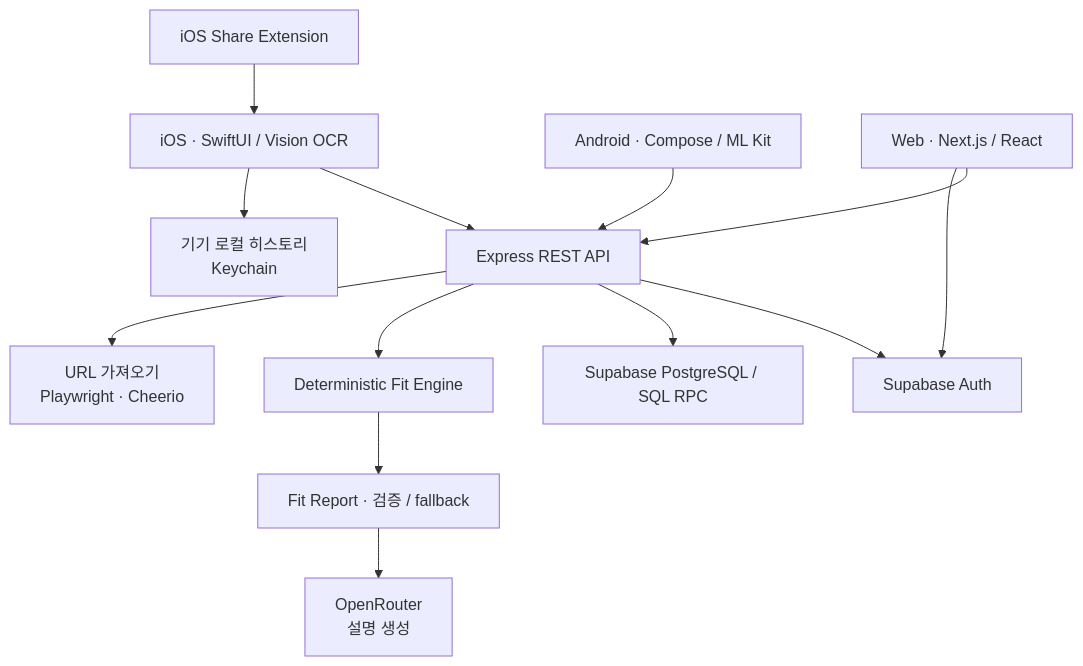
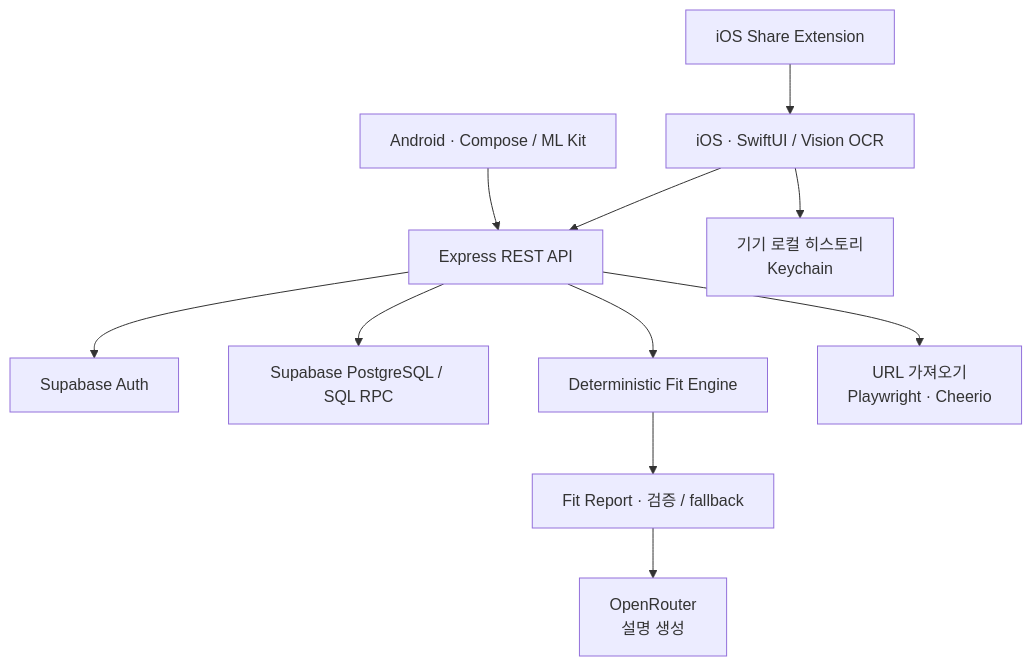
The second of 2 diagrams in README.md (ganadidududu/coordit), drawn with Mermaid before and after one commit. The commit also changed other lines of this file and 2 other files, not shown here.

````diff
--- a/README.md
+++ b/README.md
@@ -143,15 +145,13 @@
 ```mermaid
 flowchart TD
     IOS["iOS · SwiftUI / Vision OCR"] --> API["Express REST API"]
     ANDROID["Android · Compose / ML Kit"] --> API
-    WEB["Web · Next.js / React"] --> API
     SHARE["iOS Share Extension"] --> IOS
     IOS --> LOCAL["기기 로컬 히스토리<br/>Keychain"]
-    WEB --> AUTH["Supabase Auth"]
-    API --> AUTH
+    API --> AUTH["Supabase Auth"]
     API --> DB["Supabase PostgreSQL / SQL RPC"]
     API --> ENGINE["Deterministic Fit Engine"]
     ENGINE --> REPORT["Fit Report · 검증 / fallback"]
     REPORT --> LLM["OpenRouter<br/>설명 생성"]
     API --> IMPORT["URL 가져오기<br/>Playwright · Cheerio"]
 ```
````
